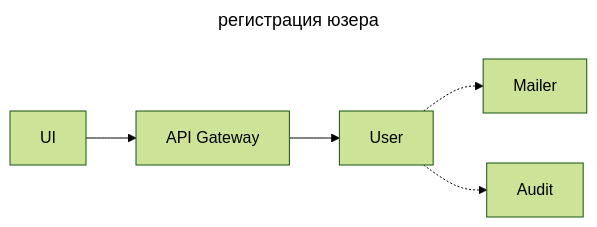
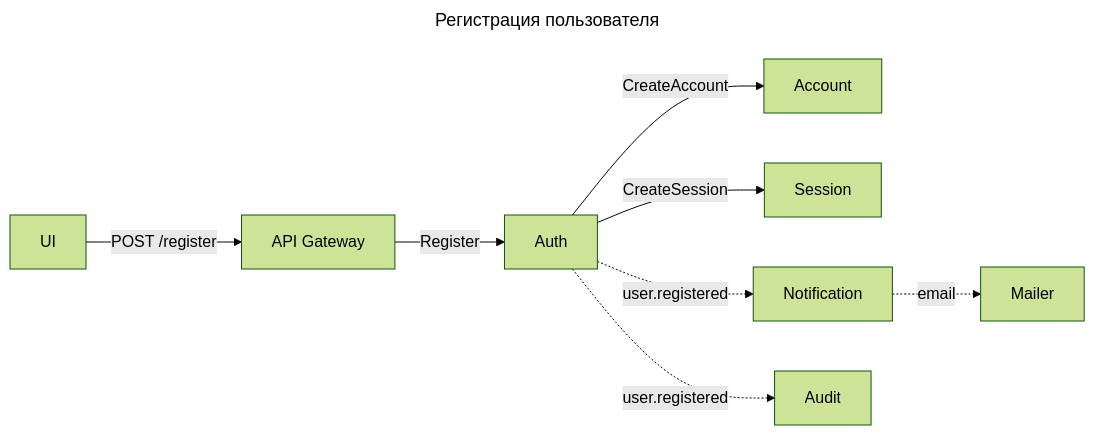
Before and after one commit to HotCucumber1/account: the tenth of 13 diagrams in task1/schema.md, drawn with Mermaid (forest theme). The commit also changed other lines of this file and 1 other file, not shown here.

Commit message:
[schema] Вторая версия схемы

````diff
--- a/task1/schema.md
+++ b/task1/schema.md
@@ -173,13 +447,13 @@
 ```mermaid
 ---
-title: регистрация юзера
+title: Регистрация пользователя
 ---
 flowchart LR
-    A[UI]
-    B[API Gateway]
-    C[User]
-    D[Mailer]
-    E[Audit]
-    A --> B --> C -.-> D
-    C -.-> E
+    A[UI] -->|POST /register| B[API Gateway]
+    B -->|Register| U[Auth]
+    U -->|CreateAccount| C[Account]
+    U -->|CreateSession| S[Session]
+    U -.->|user.registered| N[Notification]
+    U -.->|user.registered| D[Audit]
+    N -.->|email| M[Mailer]
 ```
````
